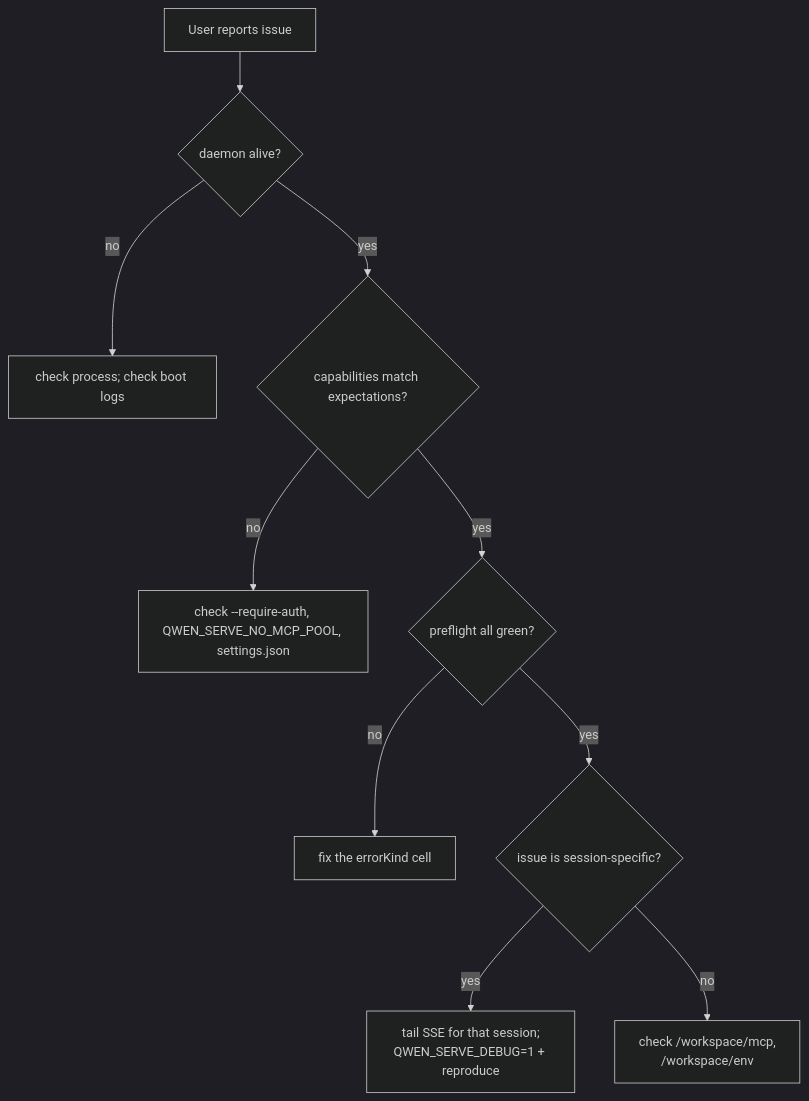
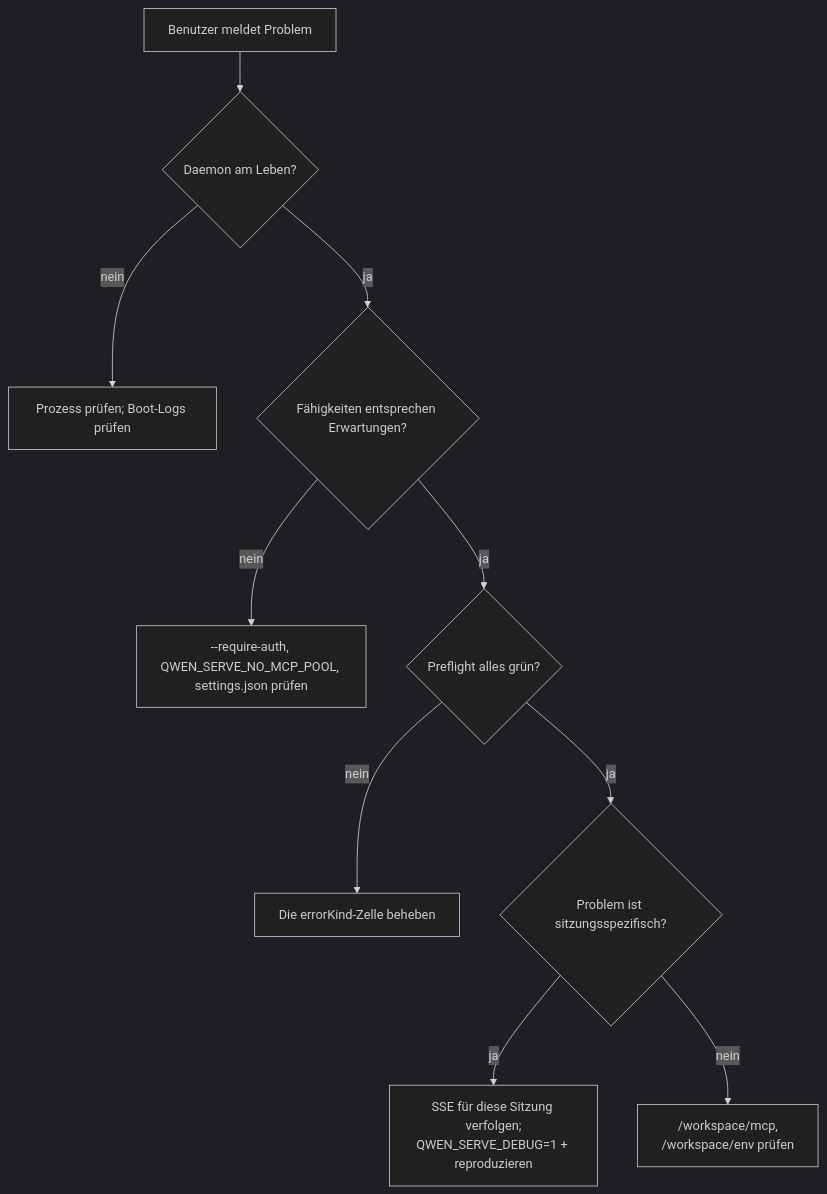
The diagram in website/content/de/developers/daemon/19-observability.md (QwenLM/qwen-code-docs), drawn with Mermaid (dark theme) before and after one commit. The commit also changed other lines of this file and 1077 other files, not shown here.

````diff
--- a/website/content/de/developers/daemon/19-observability.md
+++ b/website/content/de/developers/daemon/19-observability.md
@@ -97,12 +98,12 @@
 ```mermaid
 flowchart TD
-    A[User reports issue] --> B{daemon alive?}
-    B -->|no| BD[check process; check boot logs]
-    B -->|yes| C{capabilities match expectations?}
-    C -->|no| CD["check --require-auth, QWEN_SERVE_NO_MCP_POOL, settings.json"]
-    C -->|yes| D{preflight all green?}
-    D -->|no| DD["fix the errorKind cell"]
-    D -->|yes| E{issue is session-specific?}
-    E -->|yes| ES["tail SSE for that session;<br/>QWEN_SERVE_DEBUG=1 + reproduce"]
-    E -->|no| EW["check /workspace/mcp,<br/>/workspace/env"]
+    A[Benutzer meldet Problem] --> B{Daemon am Leben?}
+    B -->|nein| BD[Prozess prüfen; Boot-Logs prüfen]
+    B -->|ja| C{Fähigkeiten entsprechen Erwartungen?}
+    C -->|nein| CD["--require-auth, QWEN_SERVE_NO_MCP_POOL, settings.json prüfen"]
+    C -->|ja| D{Preflight alles grün?}
+    D -->|nein| DD["Die errorKind-Zelle beheben"]
+    D -->|ja| E{Problem ist sitzungsspezifisch?}
+    E -->|ja| ES["SSE für diese Sitzung verfolgen;<br/>QWEN_SERVE_DEBUG=1 + reproduzieren"]
+    E -->|nein| EW["/workspace/mcp,<br/>/workspace/env prüfen"]
 ```
````
